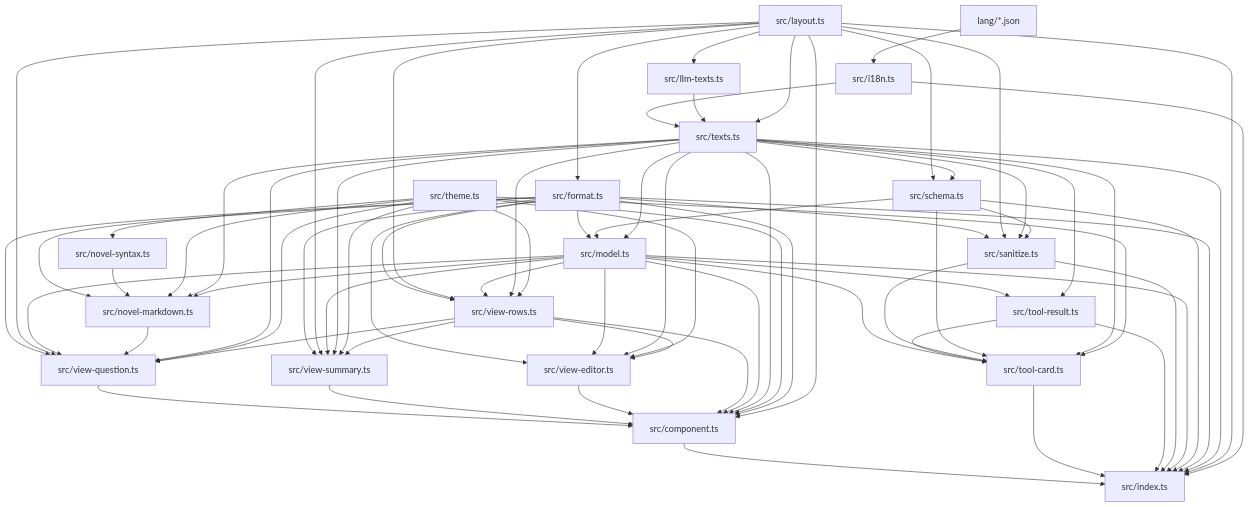
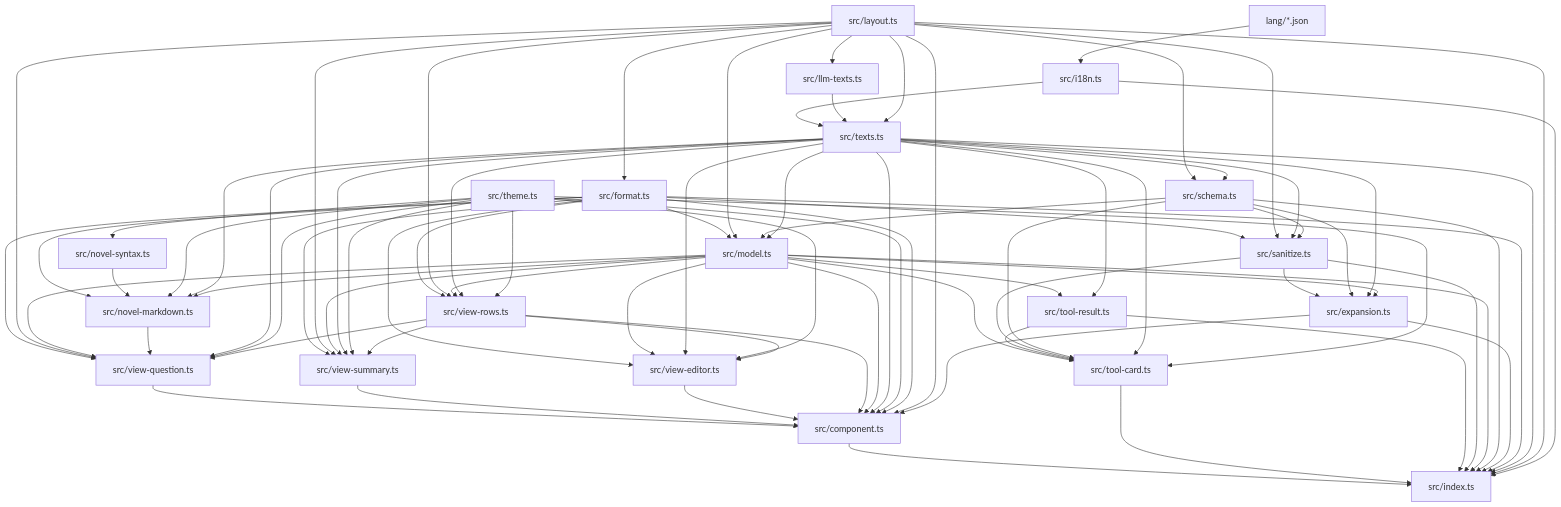
The diagram in AGENTS.md (sendevia/pi-ask-author), drawn with Mermaid before and after one commit. The commit also changed other lines of this file and 13 other files, not shown here.

````diff
--- a/AGENTS.md
+++ b/AGENTS.md
@@ -106,74 +107,81 @@
 ```mermaid
 graph TD
     lang["lang/*.json"] --> i18n["src/i18n.ts"]
     layout["src/layout.ts"] --> llm["src/llm-texts.ts"]
     i18n --> texts["src/texts.ts"]
     llm --> texts
     layout --> texts
     theme["src/theme.ts"] --> novelSyntax["src/novel-syntax.ts"]
     layout --> format["src/format.ts"]
     format --> sanitize["src/sanitize.ts"]
     layout --> sanitize
     texts --> sanitize
     layout --> schema["src/schema.ts"]
     texts --> schema
     schema --> sanitize
     format --> model["src/model.ts"]
+    layout --> model
     schema --> model
     texts --> model
+    sanitize --> expansion["src/expansion.ts"]
+    schema --> expansion
+    texts --> expansion
+    model --> expansion
     format --> novelMarkdown["src/novel-markdown.ts"]
     novelSyntax --> novelMarkdown
     theme --> novelMarkdown
     texts --> novelMarkdown
     model --> novelMarkdown
     format --> viewRows["src/view-rows.ts"]
     layout --> viewRows
     model --> viewRows
     texts --> viewRows
     theme --> viewRows
     format --> viewSummary["src/view-summary.ts"]
     layout --> viewSummary
     model --> viewSummary
     texts --> viewSummary
     theme --> viewSummary
     viewRows --> viewSummary
     format --> viewQuestion["src/view-question.ts"]
     layout --> viewQuestion
     model --> viewQuestion
     novelMarkdown --> viewQuestion
     texts --> viewQuestion
     theme --> viewQuestion
     viewRows --> viewQuestion
     format --> viewEditor["src/view-editor.ts"]
     model --> viewEditor
     texts --> viewEditor
     theme --> viewEditor
     viewRows --> viewEditor
     viewQuestion --> component["src/component.ts"]
     viewSummary --> component
     viewEditor --> component
     viewRows --> component
     model --> component
     texts --> component
     theme --> component
     format --> component
     layout --> component
+    expansion --> component
     model --> toolResult["src/tool-result.ts"]
     model --> toolCard["src/tool-card.ts"]
     texts --> toolResult
     toolResult --> toolCard["src/tool-card.ts"]
     sanitize --> toolCard
     schema --> toolCard
     texts --> toolCard
     theme --> toolCard
     component --> index["src/index.ts"]
     toolCard --> index
     toolResult --> index
     sanitize --> index
     model --> index
     schema --> index
+    expansion --> index
     format --> index
     texts --> index
     layout --> index
     i18n --> index
 ```
````
